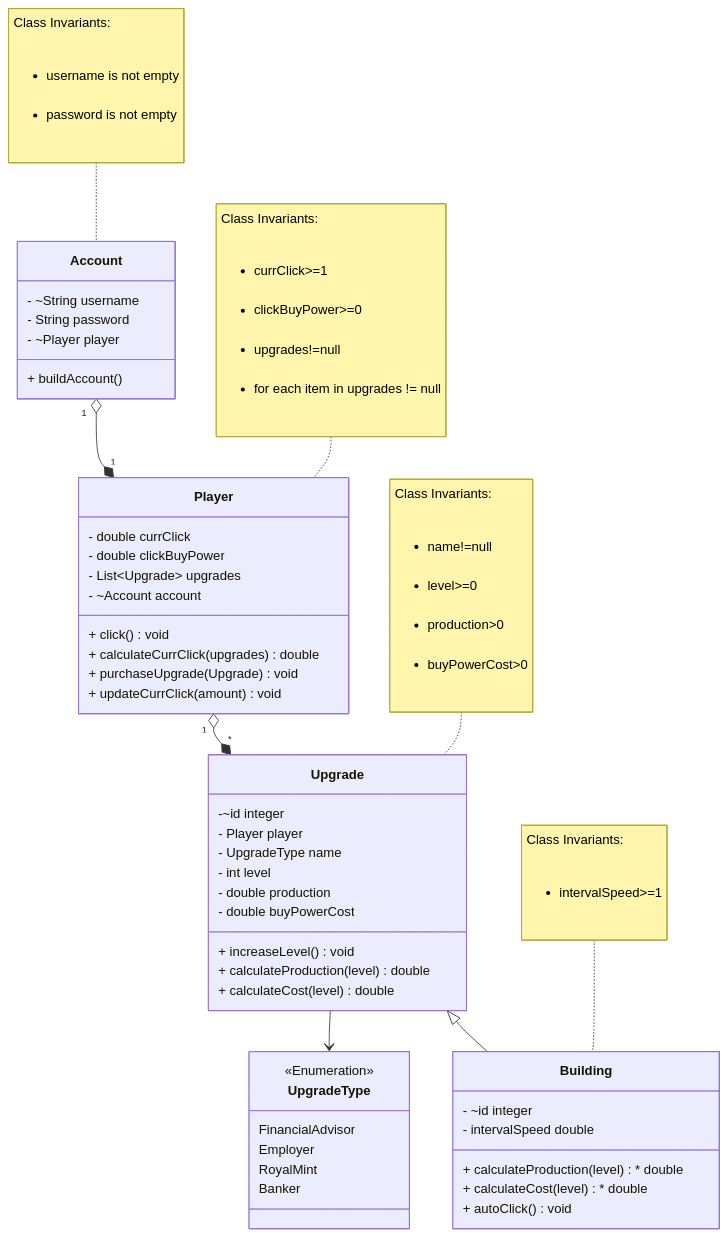
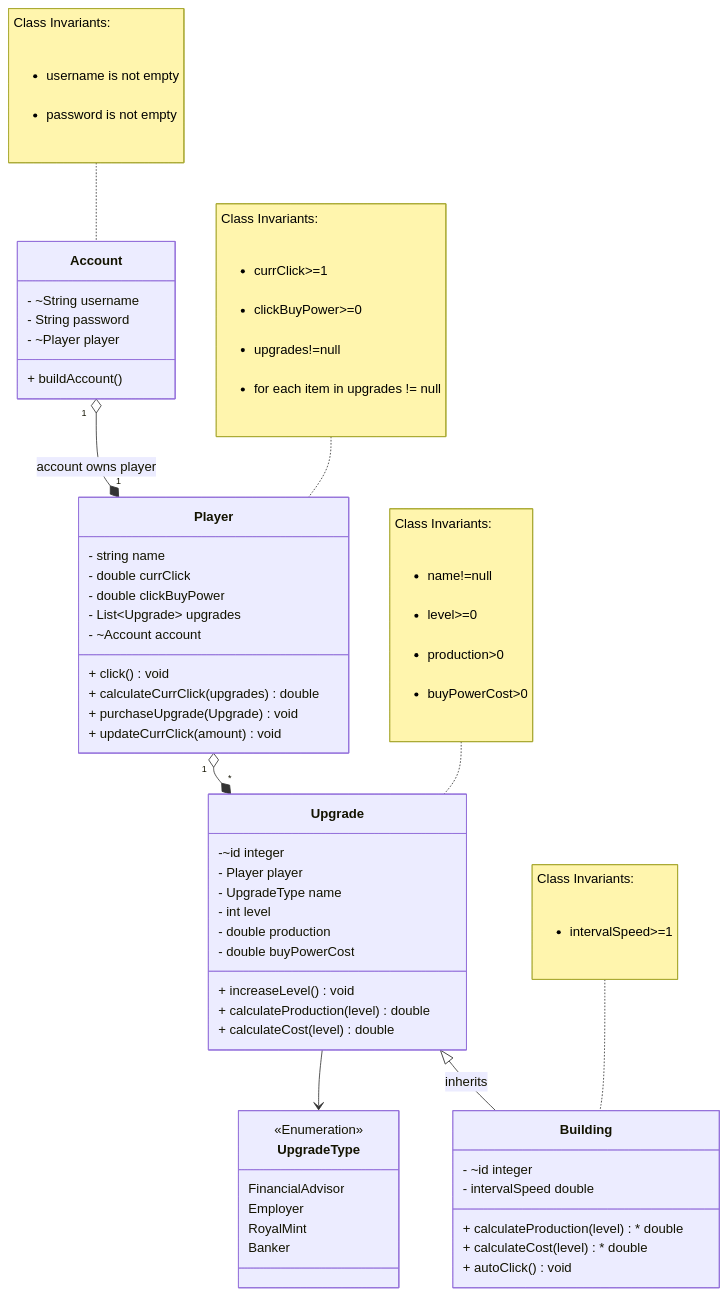
The diagram in domain.md (kaesotiric/money_clicker_game), drawn with Mermaid before and after one commit. The commit also changed 8 other files, not shown here.

```diff
--- a/domain.md
+++ b/domain.md
@@ -10,6 +10,7 @@
 classDiagram
 
 class Player {
+    - string name
     - double currClick
     - double clickBuyPower
     - List~Upgrade~ upgrades 
@@ -69,9 +70,11 @@
     
     
     Player "1" o--* "*" Upgrade
-    Account "1" o--* "1" Player
+    Account "1" o--* "1" Player : account owns player
 %%    Player --> UpgradeType
     Upgrade --> UpgradeType
+%%    Upgrade "1" o--* "1" Building
+    
     
     class Building{
         - ~id integer
@@ -80,7 +83,8 @@
         + calculateCost(level) * double
         + autoClick() void
  }
-    Upgrade<|-- Building
+    Upgrade<|-- Building : inherits
+%%    Building--|> Upgrade
     note for Building "Class Invariants:
     <ul>
     <li>intervalSpeed>=1</li>
```
